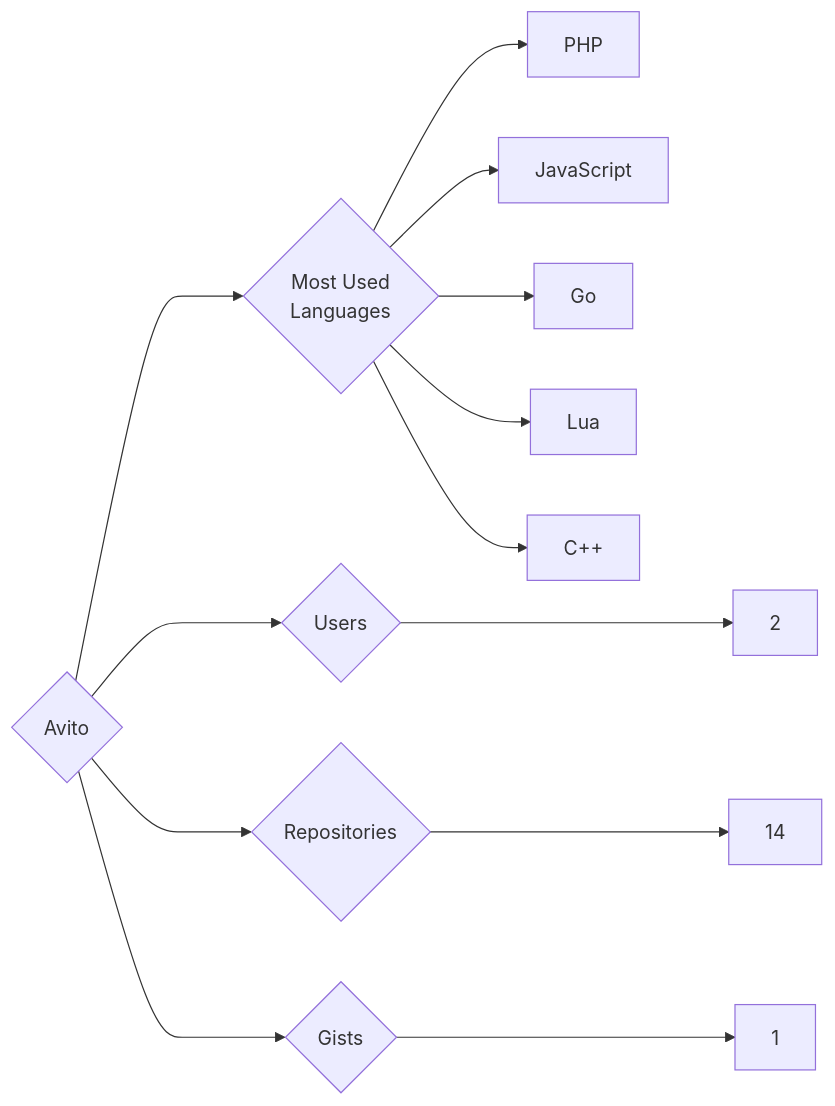
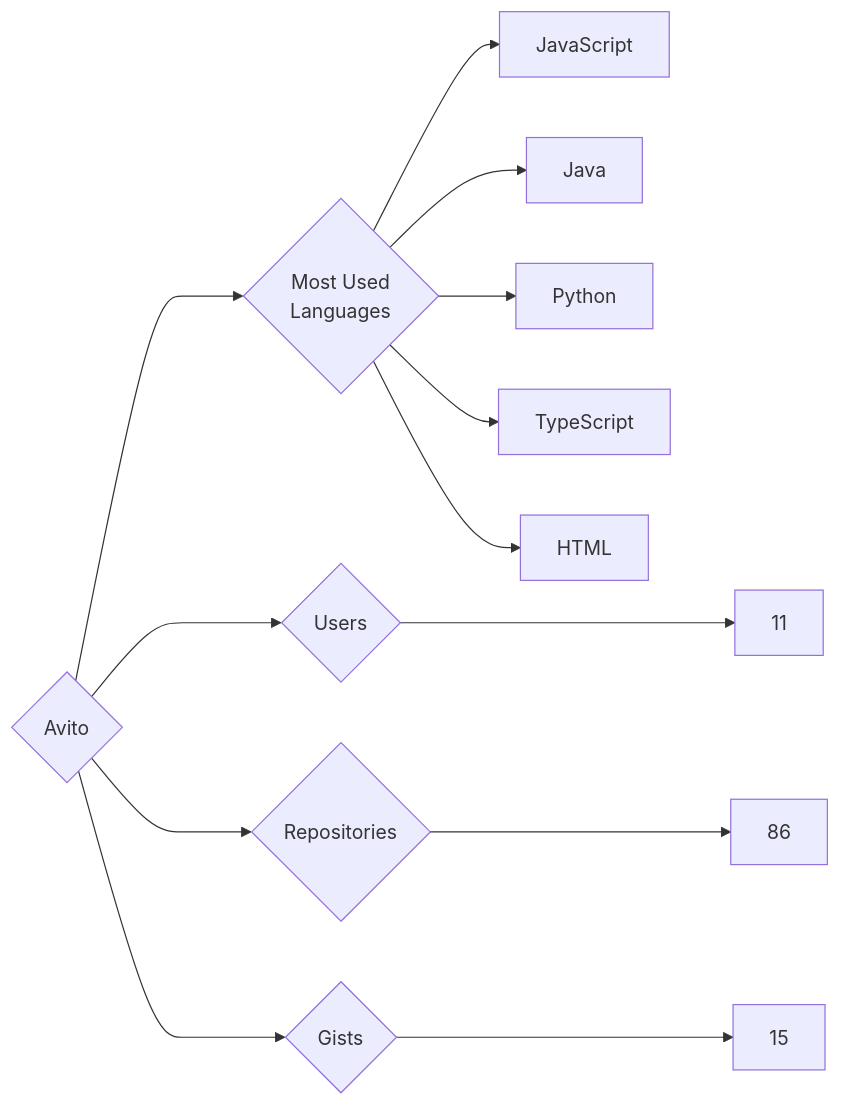
One commit to trickest/insiders changed the diagram in targets/Avito/README.md. Above: the diagram before and after it, drawn with Mermaid. The commit also changed 681 other files, not shown here.

````diff
--- a/targets/Avito/README.md
+++ b/targets/Avito/README.md
@@ -3,13 +3,13 @@
 ```mermaid
 graph LR
 COMPANY_NAME{Avito}
-COMPANY_NAME ---> U{Users} ---> UN[2]
-COMPANY_NAME ---> R{Repositories} ---> RN[14]
-COMPANY_NAME ---> G{Gists} ---> GN[1]
+COMPANY_NAME ---> U{Users} ---> UN[11]
+COMPANY_NAME ---> R{Repositories} ---> RN[86]
+COMPANY_NAME ---> G{Gists} ---> GN[15]
 COMPANY_NAME ---> ML{Most Used<br>Languages}
-ML --> PHP[PHP]
 ML --> JavaScript[JavaScript]
-ML --> Go[Go]
-ML --> Lua[Lua]
-ML --> C++[C++]
+ML --> Java[Java]
+ML --> Python[Python]
+ML --> TypeScript[TypeScript]
+ML --> HTML[HTML]
 ```
````
